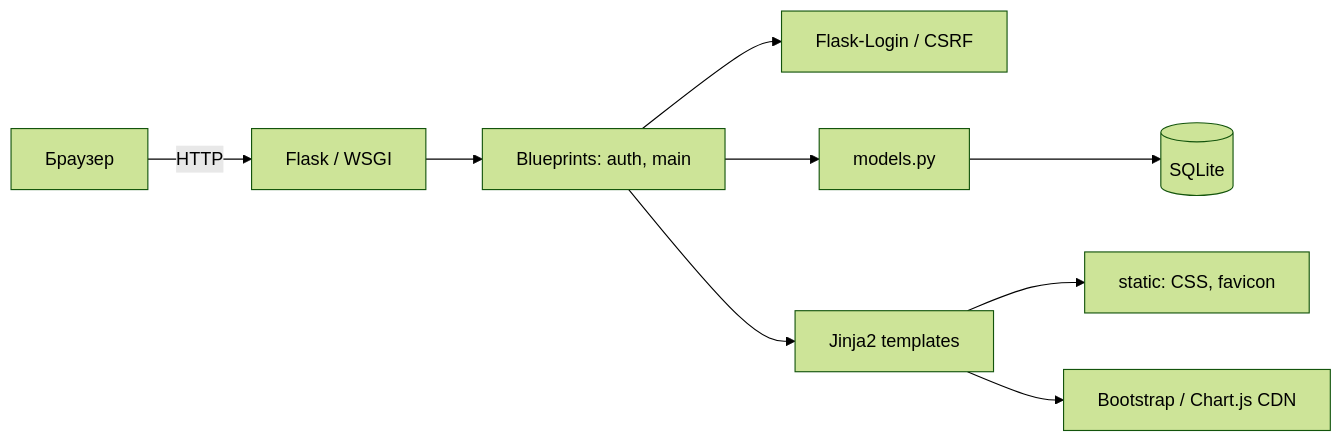
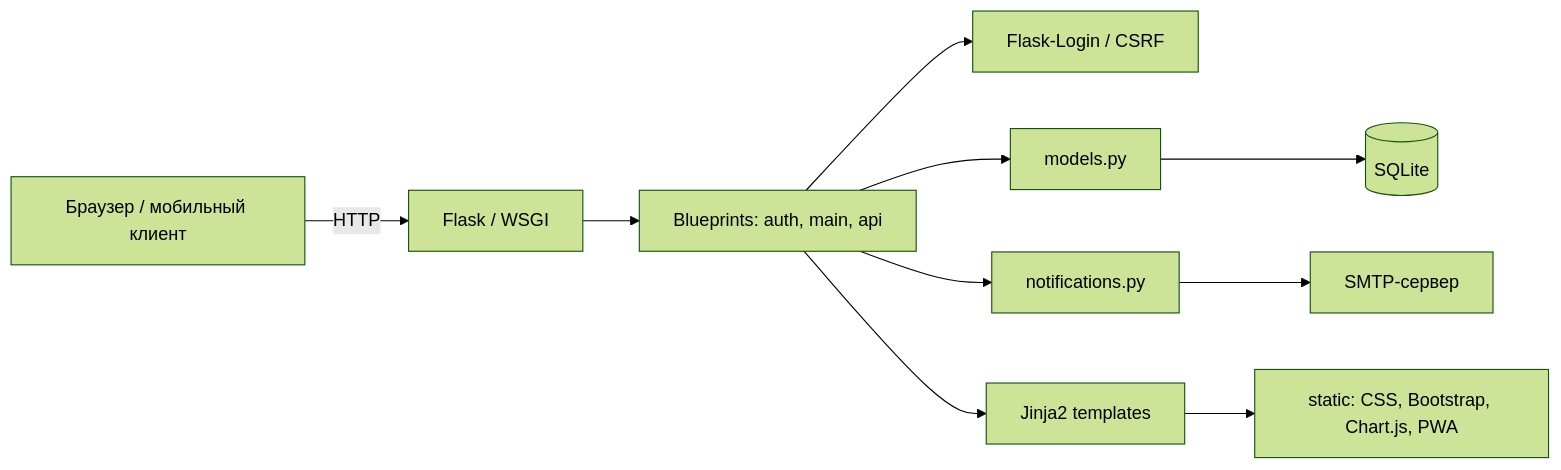
The first of 2 diagrams in docs/architecture.md (kutyassistent-ops/HAU_services), drawn with Mermaid (forest theme) before and after one commit. The commit also changed other lines of this file and 77 other files, not shown here.

````diff
--- a/docs/architecture.md
+++ b/docs/architecture.md
@@ -12,11 +13,12 @@
 ```mermaid
 flowchart LR
-    U[Браузер] -->|HTTP| F[Flask / WSGI]
-    F --> B[Blueprints: auth, main]
+    U[Браузер / мобильный клиент] -->|HTTP| F[Flask / WSGI]
+    F --> B[Blueprints: auth, main, api]
     B --> L[Flask-Login / CSRF]
     B --> M[models.py]
+    B --> N[notifications.py]
     M --> DB[(SQLite)]
+    N --> SMTP[SMTP-сервер]
     B --> T[Jinja2 templates]
-    T --> S[static: CSS, favicon]
-    T --> CDN[Bootstrap / Chart.js CDN]
+    T --> S[static: CSS, Bootstrap, Chart.js, PWA]
 ```
````
